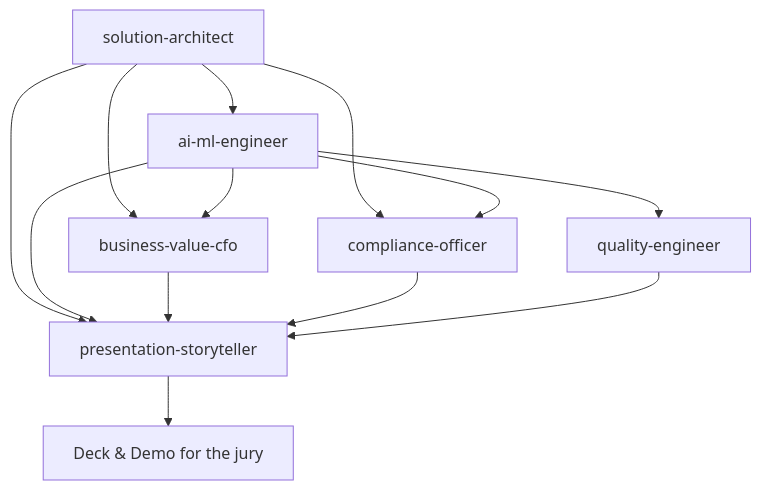
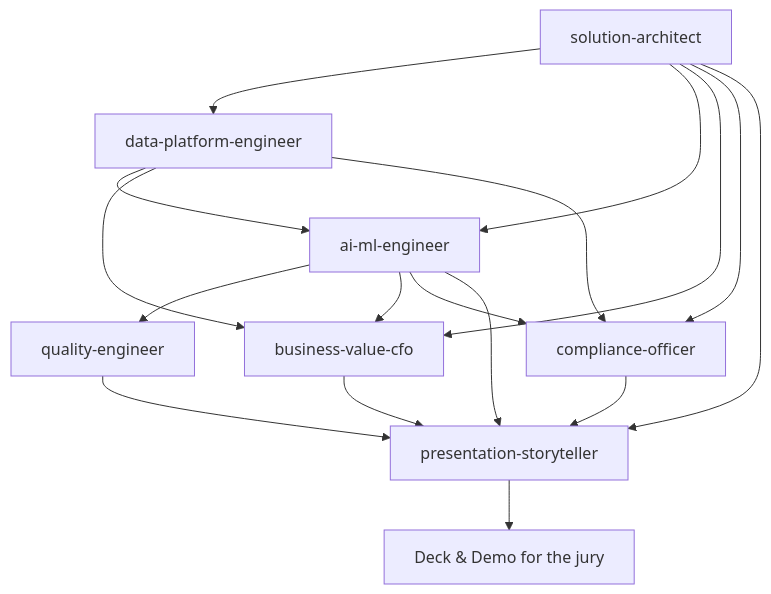
One commit to frkim/NovaSteel changed the diagram in documentation/work/09-github-agents.md. Above: the diagram before and after it, drawn with Mermaid. The commit also changed other lines of this file and 7 other files, not shown here.

````diff
--- a/documentation/work/09-github-agents.md
+++ b/documentation/work/09-github-agents.md
@@ -26,15 +27,19 @@
 ```mermaid
 flowchart TD
-    SA[solution-architect] --> AI[ai-ml-engineer]
+    SA[solution-architect] --> DP[data-platform-engineer]
+    SA --> AI[ai-ml-engineer]
+    DP --> AI
     AI --> QE[quality-engineer]
     SA --> BV[business-value-cfo]
+    DP --> BV
     AI --> BV
     SA --> CO[compliance-officer]
+    DP --> CO
     AI --> CO
     SA --> PS[presentation-storyteller]
     AI --> PS
     BV --> PS
     CO --> PS
     QE --> PS
     PS --> DECK[Deck & Demo for the jury]
 ```
````
